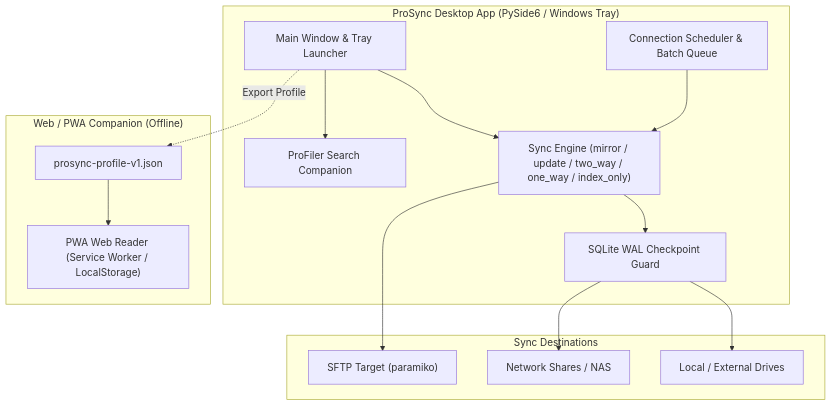
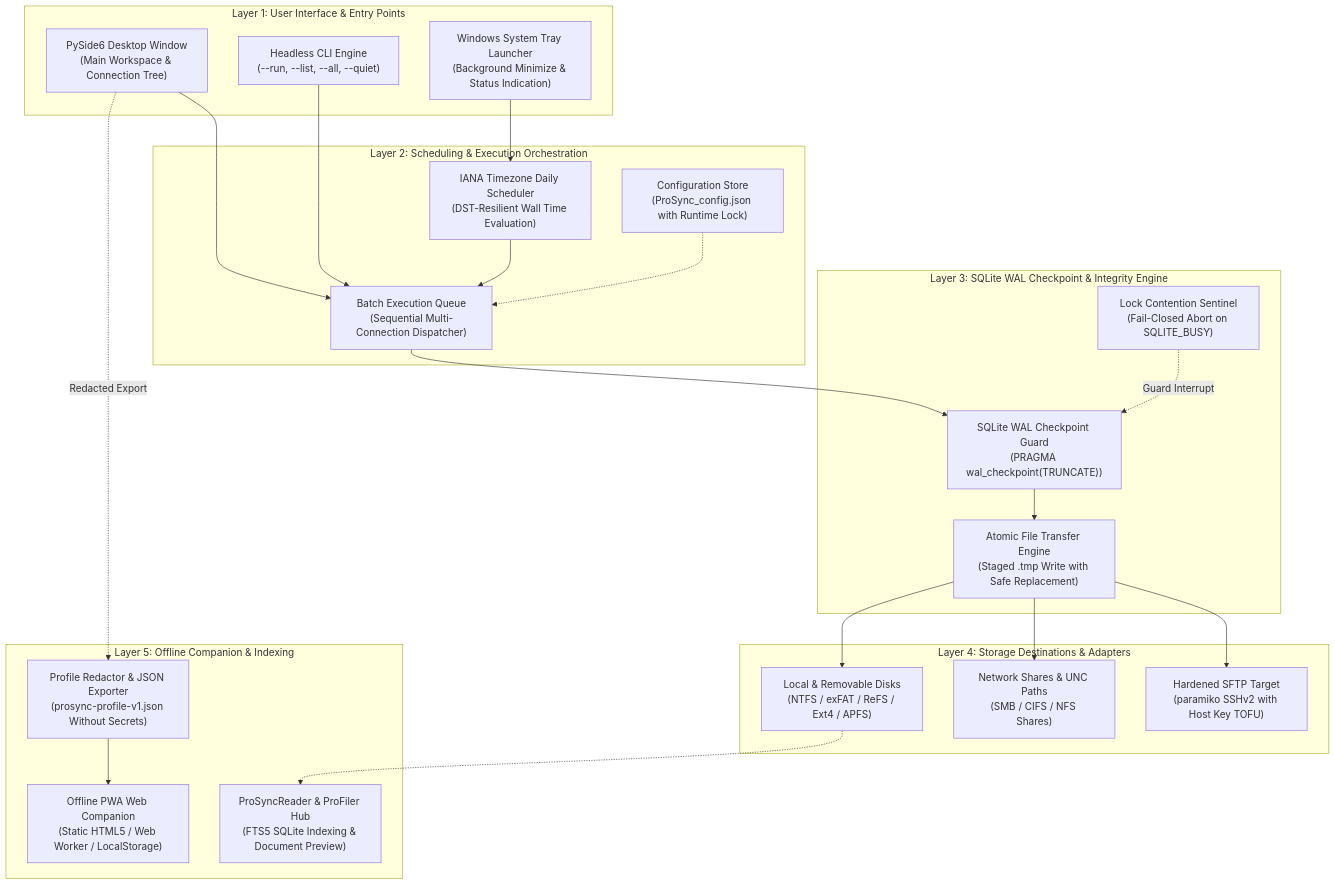
Before and after one commit to file-bricks/ProSync: the first of 2 diagrams in README.md, drawn with Mermaid. The commit also changed other lines of this file and 7 other files, not shown here.

Commit message:
chore(marketing): Pfad B discoverability, visual architecture, 18-point nav parity & metadata contract [G 2026-09-18]

````diff
--- a/README.md
+++ b/README.md
@@ -45,31 +204,50 @@
 ```mermaid
 flowchart TD
-    subgraph Desktop["ProSync Desktop App (PySide6 / Windows Tray)"]
-        GUI["Main Window & Tray Launcher"]
-        SyncEngine["Sync Engine (mirror / update / two_way / one_way / index_only)"]
-        WALGuard["SQLite WAL Checkpoint Guard"]
-        Scheduler["Connection Scheduler & Batch Queue"]
-        Reader["ProFiler Search Companion"]
+    subgraph Layer1 ["Layer 1: User Interface & Entry Points"]
+        UI_GUI["PySide6 Desktop Window<br/>(Main Workspace & Connection Tree)"]
+        UI_TRAY["Windows System Tray Launcher<br/>(Background Minimize & Status Indication)"]
+        UI_CLI["Headless CLI Engine<br/>(--run, --list, --all, --quiet)"]
     end
 
-    subgraph Targets["Sync Destinations"]
-        LocalDir["Local / External Drives"]
-        NetDir["Network Shares / NAS"]
-        SFTP["SFTP Target (paramiko)"]
+    subgraph Layer2 ["Layer 2: Scheduling & Execution Orchestration"]
+        SCHED["IANA Timezone Daily Scheduler<br/>(DST-Resilient Wall Time Evaluation)"]
+        QUEUE["Batch Execution Queue<br/>(Sequential Multi-Connection Dispatcher)"]
+        CONF["Configuration Store<br/>(ProSync_config.json with Runtime Lock)"]
     end
 
-    subgraph WebCompanion["Web / PWA Companion (Offline)"]
-        ProfileJSON["prosync-profile-v1.json"]
-        WebPWA["PWA Web Reader (Service Worker / LocalStorage)"]
+    subgraph Layer3 ["Layer 3: SQLite WAL Checkpoint & Integrity Engine"]
+        WAL_GUARD["SQLite WAL Checkpoint Guard<br/>(PRAGMA wal_checkpoint(TRUNCATE))"]
+        ATOMIC_COPY["Atomic File Transfer Engine<br/>(Staged .tmp Write with Safe Replacement)"]
+        LOCK_CHECK["Lock Contention Sentinel<br/>(Fail-Closed Abort on SQLITE_BUSY)"]
     end
 
-    GUI --> SyncEngine
-    Scheduler --> SyncEngine
-    SyncEngine --> WALGuard
-    WALGuard --> LocalDir
-    WALGuard --> NetDir
-    SyncEngine --> SFTP
-    GUI --> Reader
-    GUI -.->|Export Profile| ProfileJSON
-    ProfileJSON --> WebPWA
+    subgraph Layer4 ["Layer 4: Storage Destinations & Adapters"]
+        DEST_LOCAL["Local & Removable Disks<br/>(NTFS / exFAT / ReFS / Ext4 / APFS)"]
+        DEST_NAS["Network Shares & UNC Paths<br/>(SMB / CIFS / NFS Shares)"]
+        DEST_SFTP["Hardened SFTP Target<br/>(paramiko SSHv2 with Host Key TOFU)"]
+    end
+
+    subgraph Layer5 ["Layer 5: Offline Companion & Indexing"]
+        EXP_PWA["Profile Redactor & JSON Exporter<br/>(prosync-profile-v1.json Without Secrets)"]
+        APP_PWA["Offline PWA Web Companion<br/>(Static HTML5 / Web Worker / LocalStorage)"]
+        SEARCH_PRO["ProSyncReader & ProFiler Hub<br/>(FTS5 SQLite Indexing & Document Preview)"]
+    end
+
+    UI_GUI --> QUEUE
+    UI_TRAY --> SCHED
+    UI_CLI --> QUEUE
+    SCHED --> QUEUE
+    CONF -.-> QUEUE
+
+    QUEUE --> WAL_GUARD
+    WAL_GUARD --> ATOMIC_COPY
+    LOCK_CHECK -.->|"Guard Interrupt"| WAL_GUARD
+
+    ATOMIC_COPY --> DEST_LOCAL
+    ATOMIC_COPY --> DEST_NAS
+    ATOMIC_COPY --> DEST_SFTP
+
+    UI_GUI -.->|"Redacted Export"| EXP_PWA
+    EXP_PWA --> APP_PWA
+    DEST_LOCAL -.-> SEARCH_PRO
 ```
````
